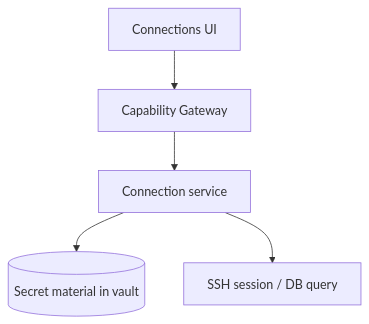
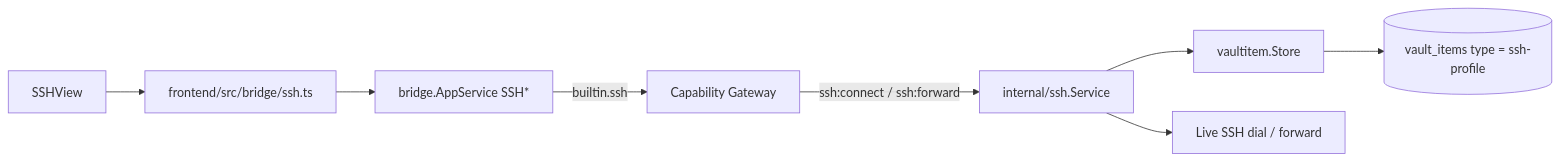
Before and after one commit to syurodev/base: the diagram in content/projects/dev-kit/connections.mdx, drawn with Mermaid. The commit also changed other lines of this file and 2 other files, not shown here.

First line of the commit message:
docs(dev-kit): refocus Connections page on SSH only

````diff
--- a/content/projects/dev-kit/connections.mdx
+++ b/content/projects/dev-kit/connections.mdx
@@ -10,7 +16,10 @@
 ```mermaid
-flowchart TD
-  UI[Connections UI] --> GW[Capability Gateway]
-  GW --> CONN[Connection service]
-  CONN --> VAULT[(Secret material in vault)]
-  CONN --> SESS[SSH session / DB query]
+flowchart LR
+  UI[SSHView] --> BR[frontend/src/bridge/ssh.ts]
+  BR --> AS[bridge.AppService SSH*]
+  AS -->|builtin.ssh| GW[Capability Gateway]
+  GW -->|ssh:connect / ssh:forward| SVC[internal/ssh.Service]
+  SVC --> STORE[vaultitem.Store]
+  STORE --> ITEMS[(vault_items type = ssh-profile)]
+  SVC --> NET[Live SSH dial / forward]
 ```
````
